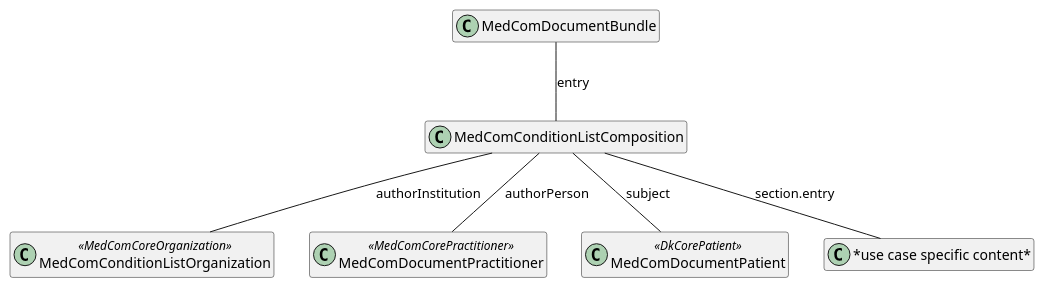
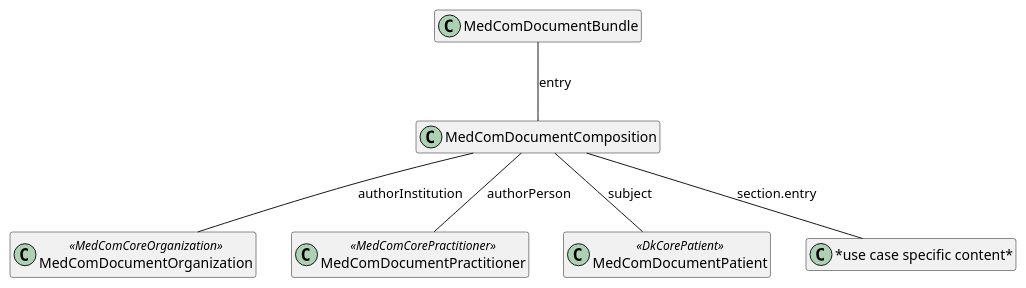
The diagram in puml/MedComDocument.puml (medcomdk/dk-medcom-document), drawn with PlantUML before and after one commit. The commit also changed 3 other files, not shown here.

```diff
--- a/puml/MedComDocument.puml
+++ b/puml/MedComDocument.puml
@@ -1,19 +1,19 @@
 @startuml DocumentModel
 
 hide empty members
 
 class "MedComDocumentBundle" as document
-class "MedComConditionListComposition" as composition
-class "MedComConditionListOrganization" as organization <<MedComCoreOrganization>>
+class "MedComDocumentComposition" as composition
+class "MedComDocumentOrganization" as organization <<MedComCoreOrganization>>
 class "MedComDocumentPractitioner" as practitioner <<MedComCorePractitioner>>
 class "MedComDocumentPatient" as patient <<DkCorePatient>>
 class "*use case specific content*" as clinical
 
 document -- composition : "entry"
 composition -- organization : "authorInstitution"
 composition -- practitioner : "authorPerson"
 composition -- patient : "subject"
 composition -- clinical : "section.entry"
 
 
 @enduml
```
